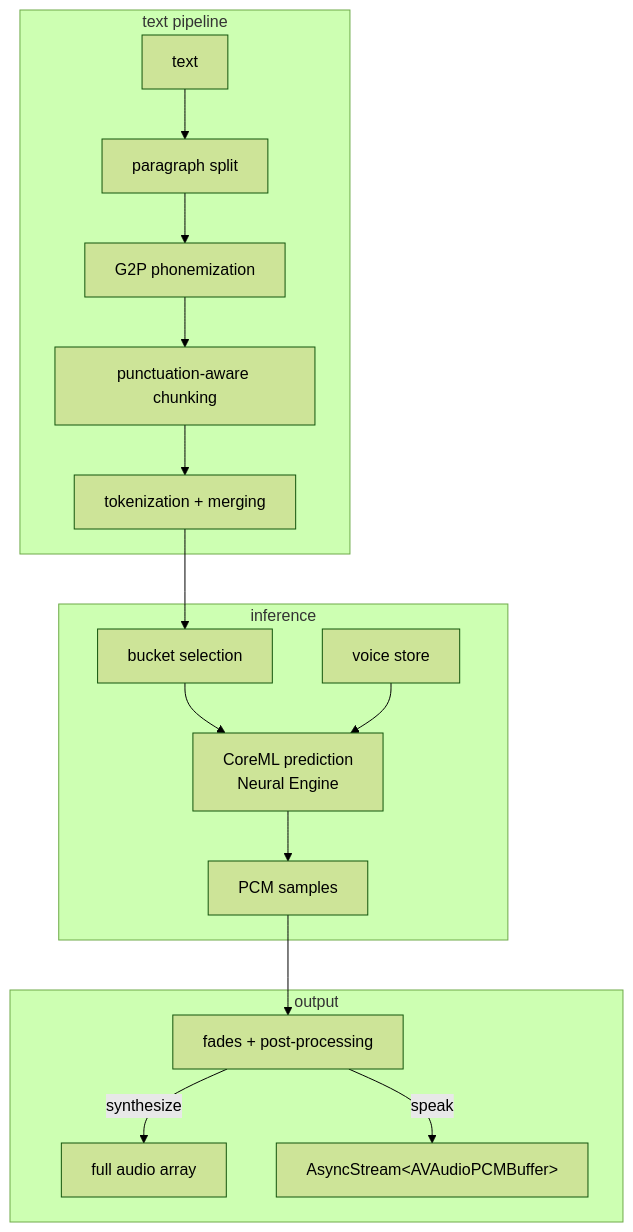
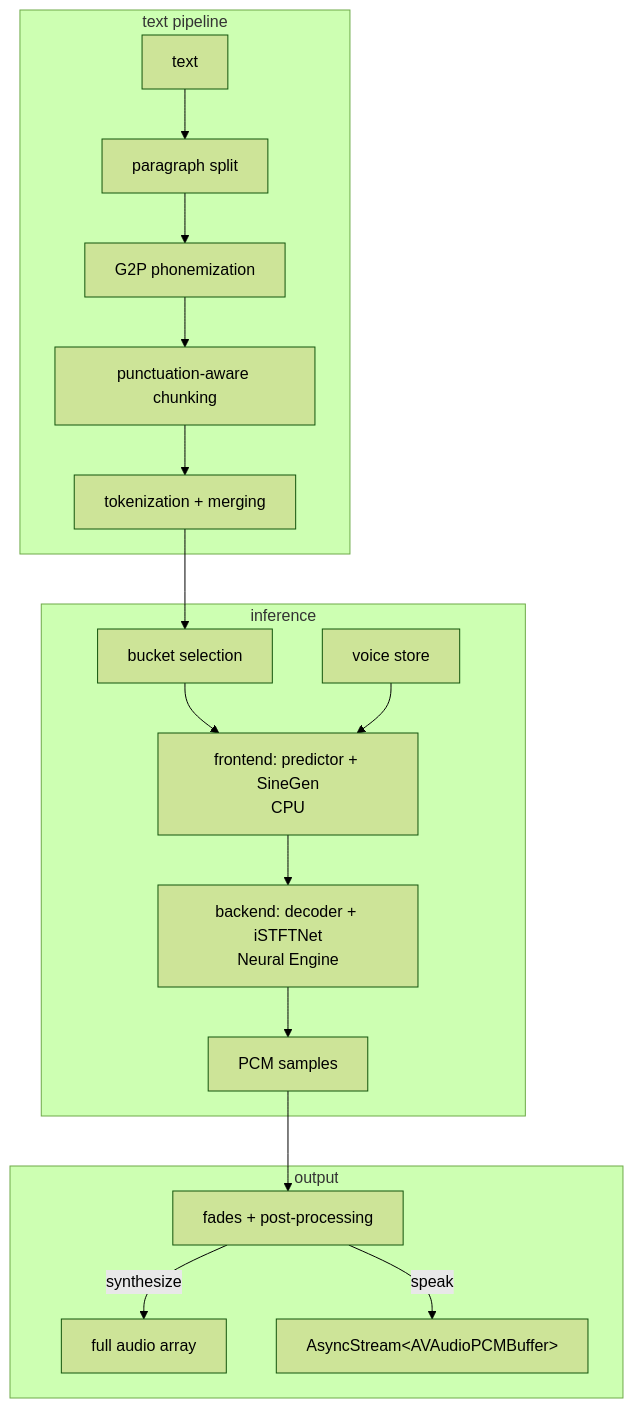
One commit to Jud/kokoro-ane changed the second of 2 diagrams in README.md. Above: the diagram before and after it, drawn with Mermaid (forest theme). The commit also changed other lines of this file and 1 other file, not shown here.

````diff
--- a/README.md
+++ b/README.md
@@ -115,22 +118,23 @@
 ```mermaid
 graph TD
     subgraph "text pipeline"
         T1[text] --> T2[paragraph split]
         T2 --> T3[G2P phonemization]
         T3 --> T4[punctuation-aware chunking]
         T4 --> T5[tokenization + merging]
     end
 
     subgraph "inference"
         T5 --> I1[bucket selection]
-        I1 --> I2[CoreML prediction<br/>Neural Engine]
+        I1 --> I2[frontend: predictor + SineGen<br/>CPU]
         V[voice store] --> I2
-        I2 --> I3[PCM samples]
+        I2 --> I3[backend: decoder + iSTFTNet<br/>Neural Engine]
+        I3 --> I4[PCM samples]
     end
 
     subgraph "output"
-        I3 --> P1[fades + post-processing]
+        I4 --> P1[fades + post-processing]
         P1 -->|synthesize| O1[full audio array]
         P1 -->|speak| O2[AsyncStream&lt;AVAudioPCMBuffer&gt;]
     end
 ```
````
